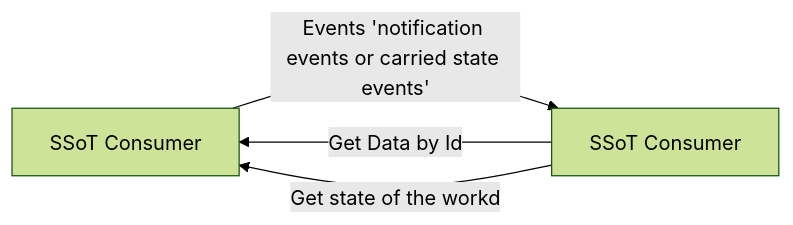
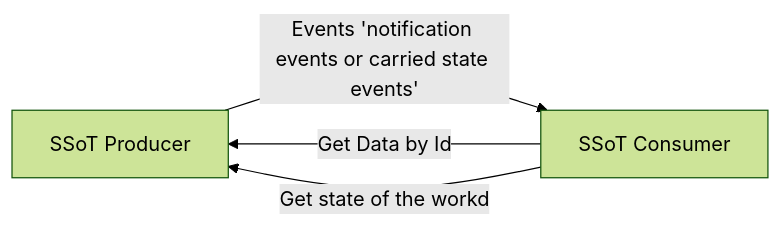
The diagram in samples/ssot-pattern/README.md (axel-springer-kugawana/gsl-seo-geo-consumer), drawn with Mermaid (forest theme) before and after one commit. The commit also changed other lines of this file, not shown here.

````diff
--- a/samples/ssot-pattern/README.md
+++ b/samples/ssot-pattern/README.md
@@ -11,9 +14,9 @@
 ```mermaid
 
 flowchart LR 
     A[SSoT Producer] -->|Events 'notification events or carried state events'|B[SSoT Consumer]
-    B[SSoT Consumer] -->|Get Data by Id| A[SSoT Consumer]
-    B[SSoT Consumer] -->|Get state of the workd| A[SSoT Consumer]
+    B[SSoT Consumer] -->|Get Data by Id| A[SSoT Producer]
+    B[SSoT Consumer] -->|Get state of the workd| A[SSoT Producer]
     
 
 ```
````
